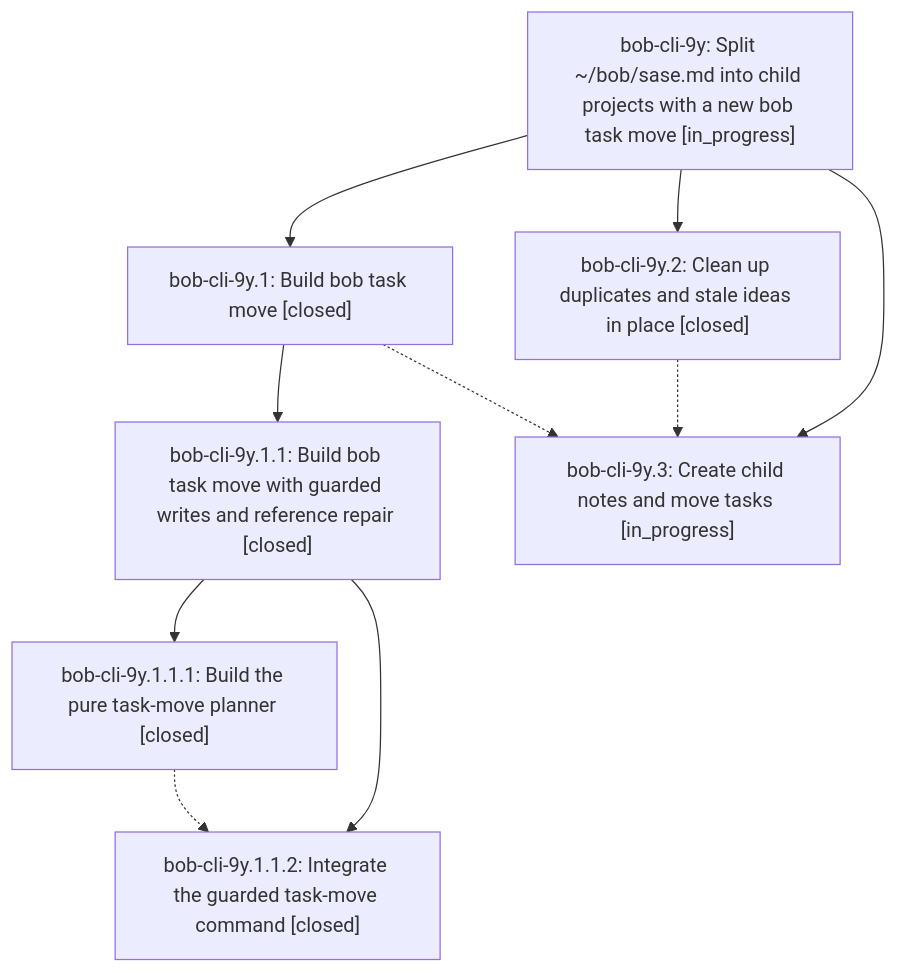
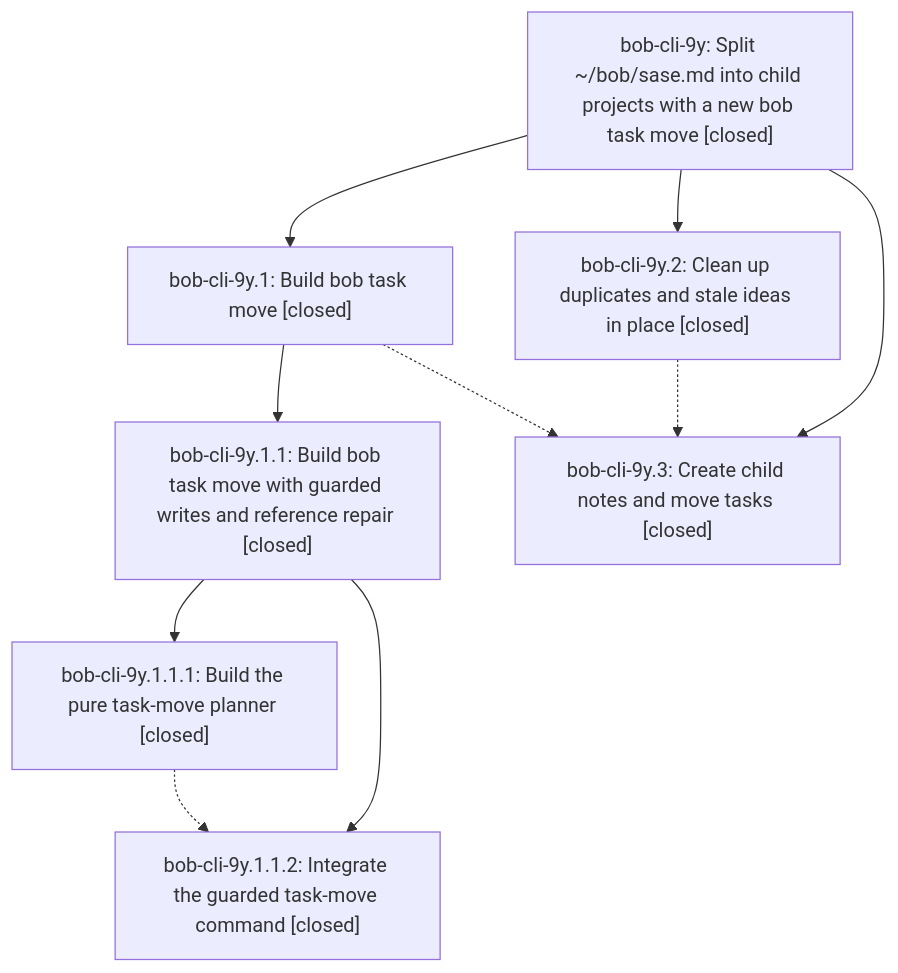
Before and after one commit to bobs-org/bob-cli--beads: the diagram in pages/bob-cli-9y/README.md, drawn with Mermaid. The commit also changed other lines of this file and 3 other files, not shown here.

First line of the commit message:
chore(beads): sync bead state and pages for bob-cli-9y

````diff
--- a/pages/bob-cli-9y/README.md
+++ b/pages/bob-cli-9y/README.md
@@ -36,19 +66,19 @@
 ```mermaid
 flowchart TD
-    n0["bob-cli-9y: Split ~/bob/sase.md into child projects with a new bob task move [in_progress]"]
+    n0["bob-cli-9y: Split ~/bob/sase.md into child projects with a new bob task move [closed]"]
     n1["bob-cli-9y.1: Build bob task move [closed]"]
     n2["bob-cli-9y.1.1: Build bob task move with guarded writes and reference repair [closed]"]
     n3["bob-cli-9y.1.1.1: Build the pure task-move planner [closed]"]
     n4["bob-cli-9y.1.1.2: Integrate the guarded task-move command [closed]"]
     n5["bob-cli-9y.2: Clean up duplicates and stale ideas in place [closed]"]
-    n6["bob-cli-9y.3: Create child notes and move tasks [in_progress]"]
+    n6["bob-cli-9y.3: Create child notes and move tasks [closed]"]
     n0 --> n1
     n1 --> n2
     n2 --> n3
     n2 --> n4
     n0 --> n5
     n0 --> n6
     n1 -.-> n6
     n3 -.-> n4
     n5 -.-> n6
 ```
````
